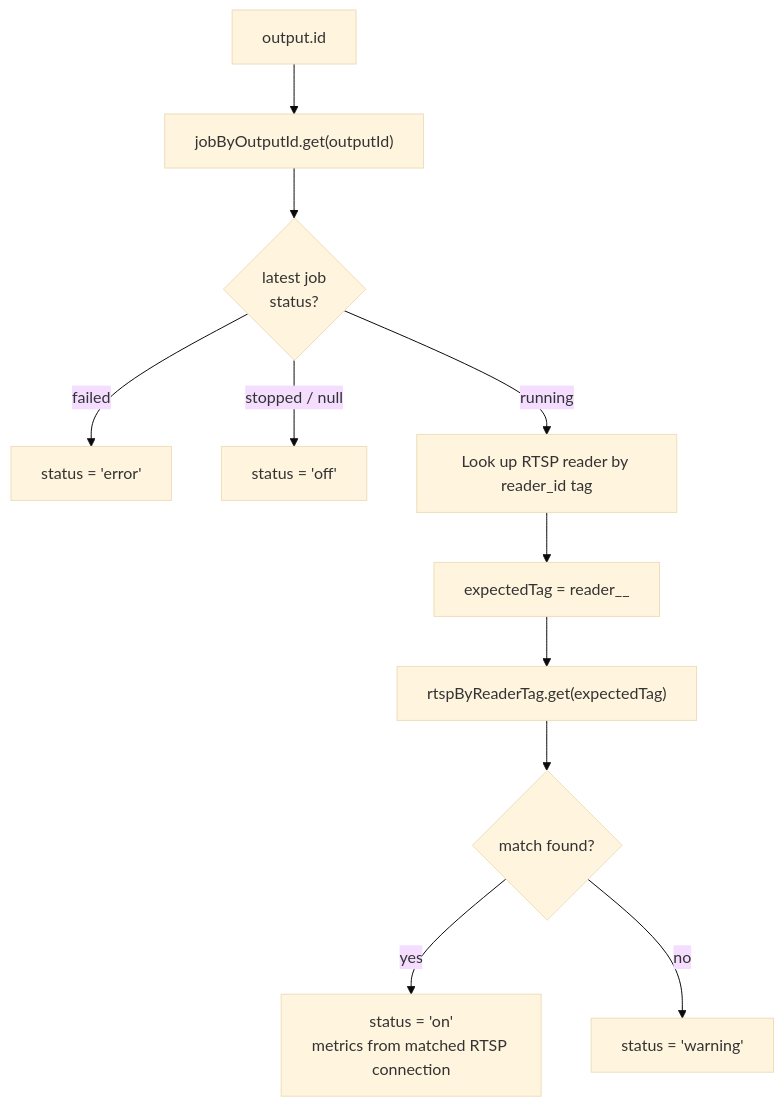
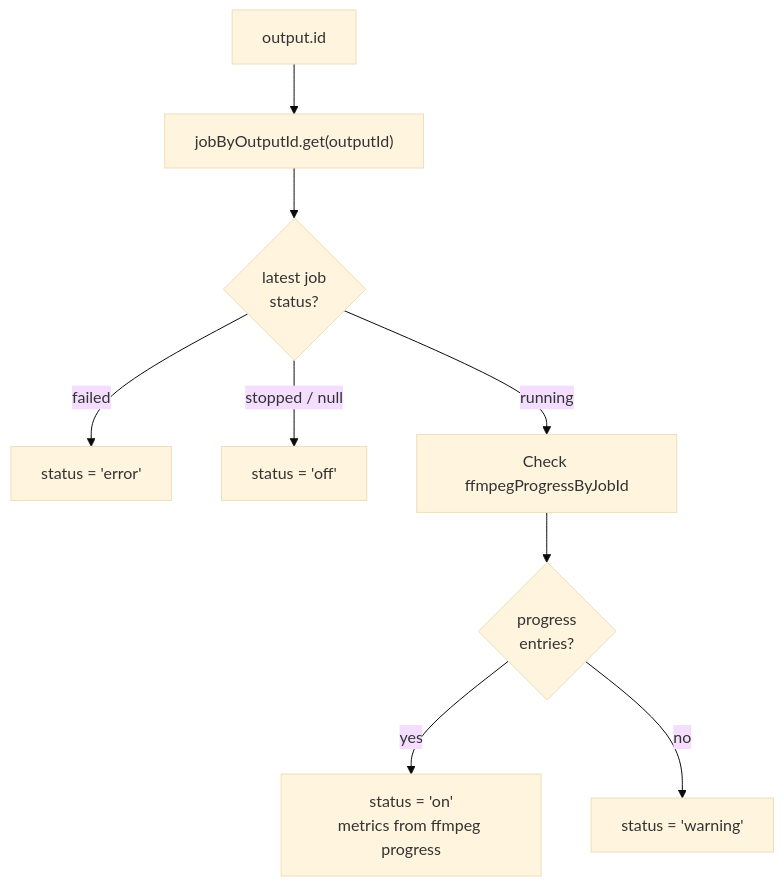
One commit to live-miracles/restream changed the second of 2 diagrams in docs/health-mapping.md. Above: the diagram before and after it, drawn with Mermaid (base theme). The commit also changed other lines of this file and 23 other files, not shown here.

````diff
--- a/docs/health-mapping.md
+++ b/docs/health-mapping.md
@@ -89,16 +88,13 @@
 ```mermaid
 flowchart TD
   A["output.id"] --> B["jobByOutputId.get(outputId)"]
-    B --> C{latest job\nstatus?}
+  B --> C{latest job\nstatus?}
 
-    C -->|"failed"| ERR["status = 'error'"]
-    C -->|"stopped / null"| OFF["status = 'off'"]
-    C -->|"running"| D["Look up RTSP reader by reader_id tag"]
+  C -->|"failed"| ERR["status = 'error'"]
+  C -->|"stopped / null"| OFF["status = 'off'"]
+  C -->|"running"| D["Check ffmpegProgressByJobId"]
 
-    D --> E["expectedTag = reader_<pipelineId>_<outputId>"]
-    E --> F["rtspByReaderTag.get(expectedTag)"]
-    F --> G{match found?}
-
-    G -->|yes| ON["status = 'on'\nmetrics from matched RTSP connection"]
-    G -->|no| WARN["status = 'warning'"]
+  D --> E{progress\nentries?}
+  E -->|yes| ON["status = 'on'\nmetrics from ffmpeg progress"]
+  E -->|no| WARN["status = 'warning'"]
 ```
````
